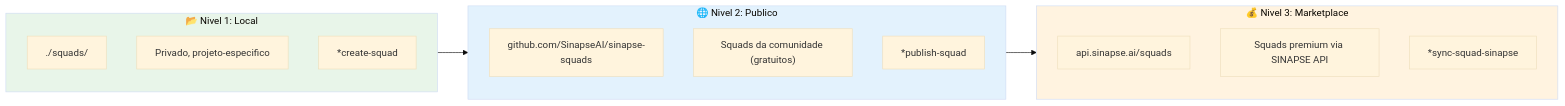
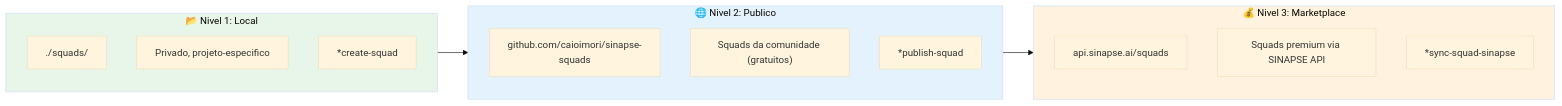
The sixth of 6 diagrams in docs/sinapse-agent-flows/squad-creator-system.md (caioimori/sinapse-ai), drawn with Mermaid (base theme) before and after one commit. The commit also changed other lines of this file and 112 other files, not shown here.

````diff
--- a/docs/sinapse-agent-flows/squad-creator-system.md
+++ b/docs/sinapse-agent-flows/squad-creator-system.md
@@ -558,27 +558,27 @@
 ```mermaid
 flowchart LR
     subgraph LOCAL["📂 Nivel 1: Local"]
         L_PATH["./squads/"]
         L_DESC["Privado, projeto-especifico"]
         L_CMD["*create-squad"]
     end
 
     subgraph PUBLIC["🌐 Nivel 2: Publico"]
-        P_REPO["github.com/SinapseAI/sinapse-squads"]
+        P_REPO["github.com/caioimori/sinapse-squads"]
         P_DESC["Squads da comunidade (gratuitos)"]
         P_CMD["*publish-squad"]
     end
 
     subgraph MARKET["💰 Nivel 3: Marketplace"]
         M_API["api.sinapse.ai/squads"]
         M_DESC["Squads premium via SINAPSE API"]
         M_CMD["*sync-squad-sinapse"]
     end
 
     LOCAL --> PUBLIC
     PUBLIC --> MARKET
 
     style LOCAL fill:#e8f5e9
     style PUBLIC fill:#e3f2fd
     style MARKET fill:#fff3e0
 ```
````
